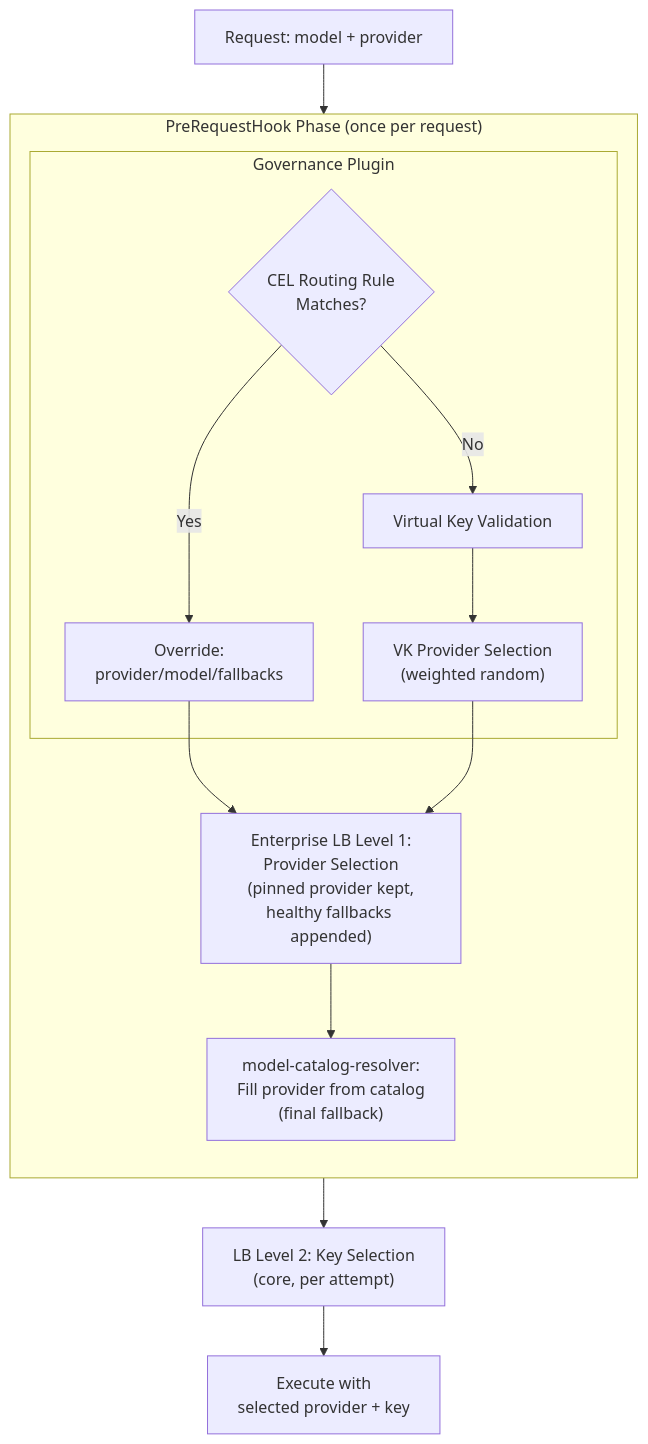
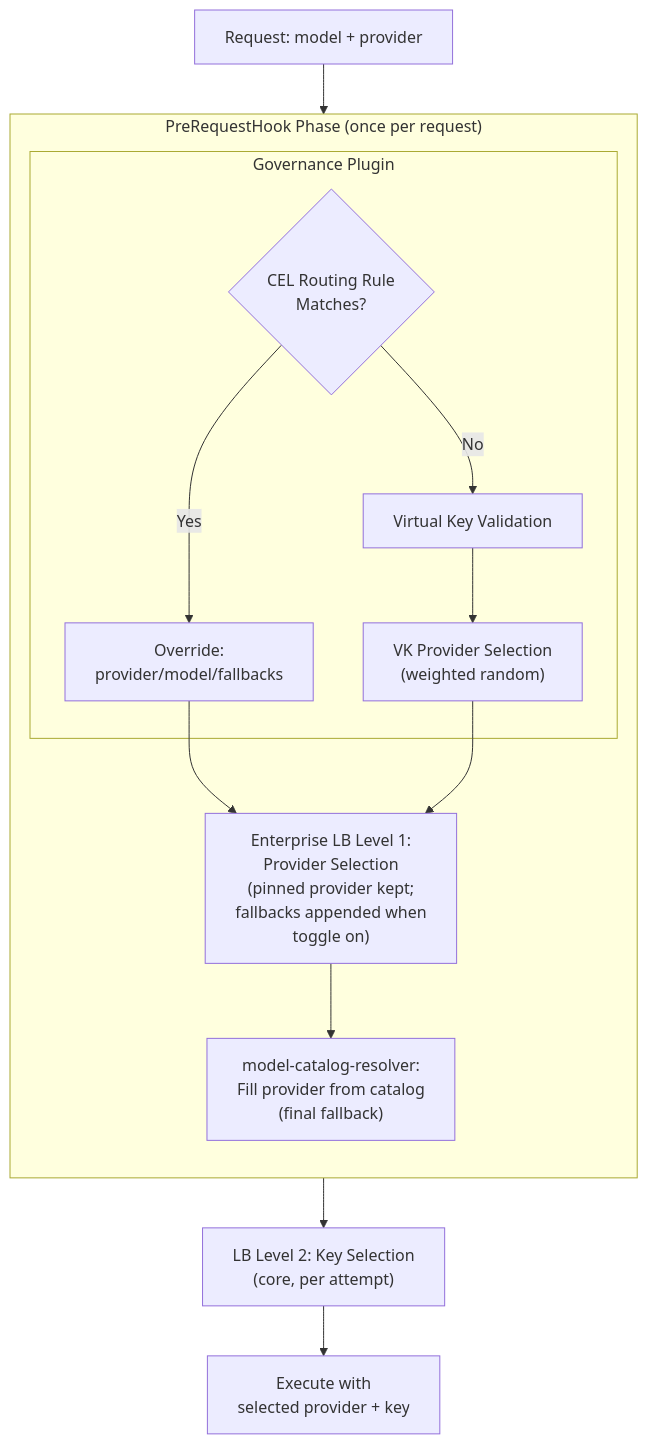
One commit to akhsaul/bifrost changed the third of 3 diagrams in docs/providers/provider-routing.mdx. Above: the diagram before and after it, drawn with Mermaid. The commit also changed other lines of this file and 2 other files, not shown here.

First line of the commit message:
docs: add `append_fallbacks_to_pinned` as a fifth load-balancer switch and update all references to pinned-request fallback behavior (#5336)

````diff
--- a/docs/providers/provider-routing.mdx
+++ b/docs/providers/provider-routing.mdx
@@ -1419,23 +1419,23 @@
 ```mermaid
 flowchart TD
     Start["Request: model + provider"]
 
     subgraph PreReq["PreRequestHook Phase (once per request)"]
         direction TB
         subgraph Gov["Governance Plugin"]
             RuleMatch{"CEL Routing Rule<br/>Matches?"}
             RuleDecision["Override:<br/>provider/model/fallbacks"]
             VKValidation["Virtual Key Validation"]
             GovRouting["VK Provider Selection<br/>(weighted random)"]
         end
-        LB1["Enterprise LB Level 1:<br/>Provider Selection<br/>(pinned provider kept,<br/>healthy fallbacks appended)"]
+        LB1["Enterprise LB Level 1:<br/>Provider Selection<br/>(pinned provider kept;<br/>fallbacks appended when<br/>toggle on)"]
         Resolver["model-catalog-resolver:<br/>Fill provider from catalog<br/>(final fallback)"]
     end
 
     LB2["LB Level 2: Key Selection<br/>(core, per attempt)"]
 
     Start --> RuleMatch
     RuleMatch -->|Yes| RuleDecision --> LB1
     RuleMatch -->|No| VKValidation --> GovRouting --> LB1
     LB1 --> Resolver --> LB2 --> Execute["Execute with<br/>selected provider + key"]
 ```
````
